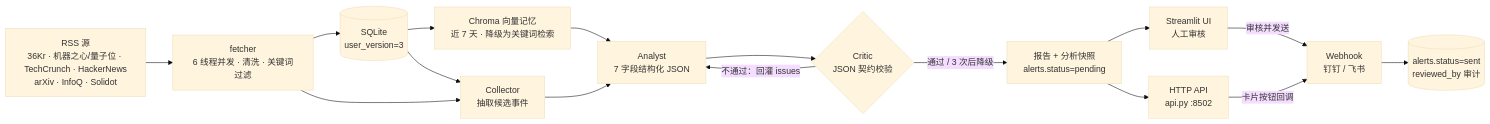
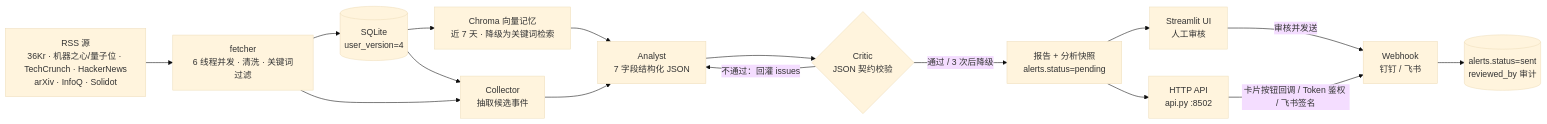
Before and after one commit to karry0616/AI-Pulse: the diagram in README.md, drawn with Mermaid (base theme). The commit also changed other lines of this file and 26 other files, not shown here.

````diff
--- a/README.md
+++ b/README.md
@@ -44,18 +44,18 @@
 ```mermaid
 flowchart LR
     A["RSS 源<br/>36Kr · 机器之心/量子位 · TechCrunch · HackerNews<br/>arXiv · InfoQ · Solidot"] --> B["fetcher<br/>6 线程并发 · 清洗 · 关键词过滤"]
-    B --> C[("SQLite<br/>user_version=3")]
+    B --> C[("SQLite<br/>user_version=4")]
     C --> D["Chroma 向量记忆<br/>近 7 天 · 降级为关键词检索"]
     C --> E
     B --> E["Collector<br/>抽取候选事件"]
     E --> F["Analyst<br/>7 字段结构化 JSON"]
     F --> G{"Critic<br/>JSON 契约校验"}
     G -- 不通过：回灌 issues --> F
     G -- 通过 / 3 次后降级 --> H["报告 + 分析快照<br/>alerts.status=pending"]
     D --> F
     H --> I["Streamlit UI<br/>人工审核"]
     H --> P["HTTP API<br/>api.py :8502"]
     I -- 审核并发送 --> J["Webhook<br/>钉钉 / 飞书"]
-    P -- 卡片按钮回调 --> J
+    P -- 卡片按钮回调 / Token 鉴权 / 飞书签名 --> J
     J --> K[("alerts.status=sent<br/>reviewed_by 审计")]
 ```
````
